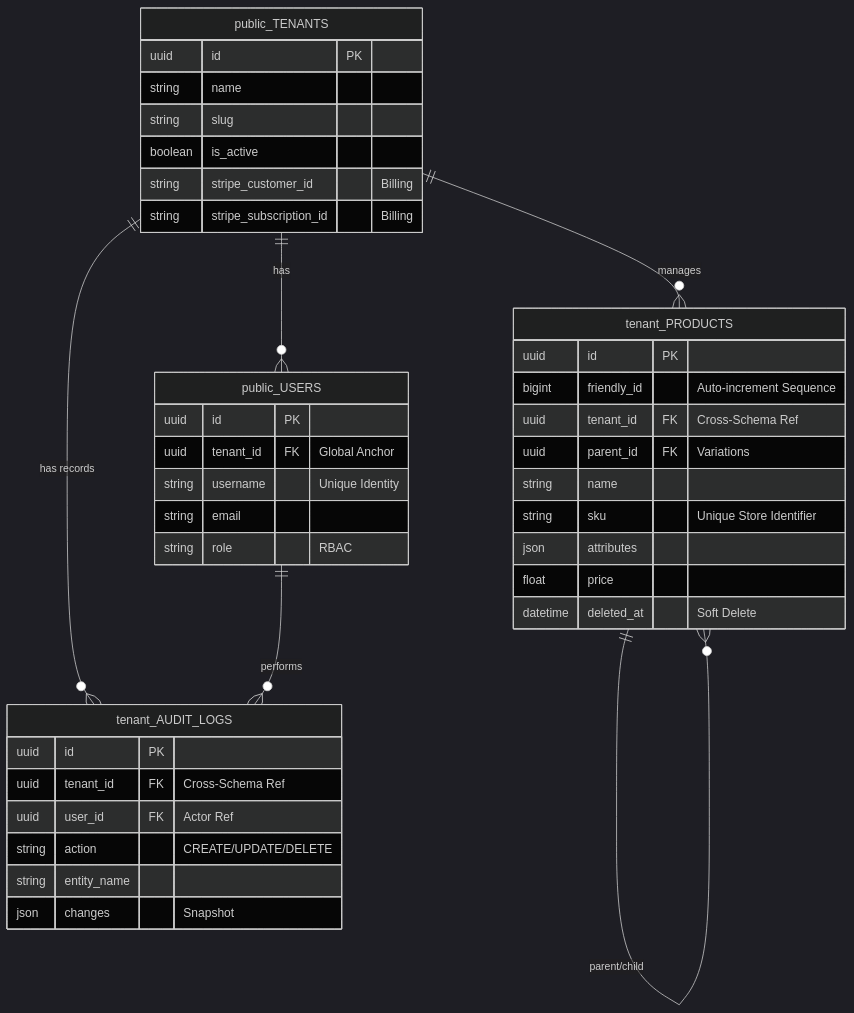
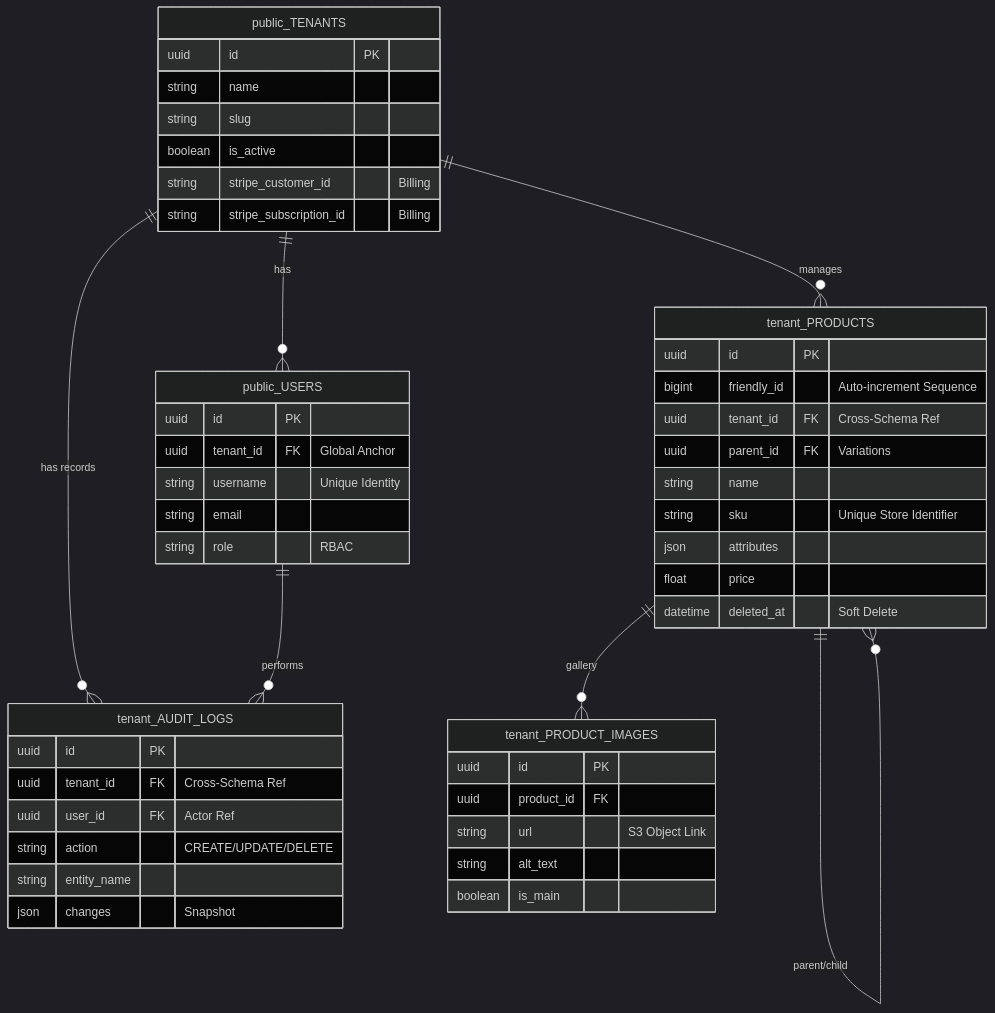
One commit to ccerks/nexcore-saas-api changed the diagram in README.md. Above: the diagram before and after it, drawn with Mermaid (dark theme). The commit also changed other lines of this file and 25 other files, not shown here.

First line of the commit message:
feat(inventory): implement 1:N product images, S3 offloading, and idempotent restore

````diff
--- a/README.md
+++ b/README.md
@@ -33,46 +34,55 @@
 ```mermaid
 erDiagram
     public_TENANTS ||--o{ public_USERS : "has"
     public_TENANTS ||--o{ tenant_PRODUCTS : "manages"
     public_TENANTS ||--o{ tenant_AUDIT_LOGS : "has records"
     public_USERS ||--o{ tenant_AUDIT_LOGS : "performs"
     tenant_PRODUCTS ||--o{ tenant_PRODUCTS : "parent/child"
+    tenant_PRODUCTS ||--o{ tenant_PRODUCT_IMAGES : "gallery"
 
     public_TENANTS {
         uuid id PK
         string name
         string slug
         boolean is_active
         string stripe_customer_id "Billing"
         string stripe_subscription_id "Billing"
     }
 
     public_USERS {
         uuid id PK
         uuid tenant_id FK "Global Anchor"
         string username "Unique Identity"
         string email
         string role "RBAC"
     }
 
     tenant_PRODUCTS {
         uuid id PK
         bigint friendly_id "Auto-increment Sequence"
         uuid tenant_id FK "Cross-Schema Ref"
         uuid parent_id FK "Variations"
         string name
         string sku "Unique Store Identifier"
         json attributes
         float price
         datetime deleted_at "Soft Delete"
     }
+    
+    tenant_PRODUCT_IMAGES {
+        uuid id PK
+        uuid product_id FK
+        string url "S3 Object Link"
+        string alt_text
+        boolean is_main
+    }
 
     tenant_AUDIT_LOGS {
         uuid id PK
         uuid tenant_id FK "Cross-Schema Ref"
         uuid user_id FK "Actor Ref"
         string action "CREATE/UPDATE/DELETE"
         string entity_name
         json changes "Snapshot"
     }
 ```
````
